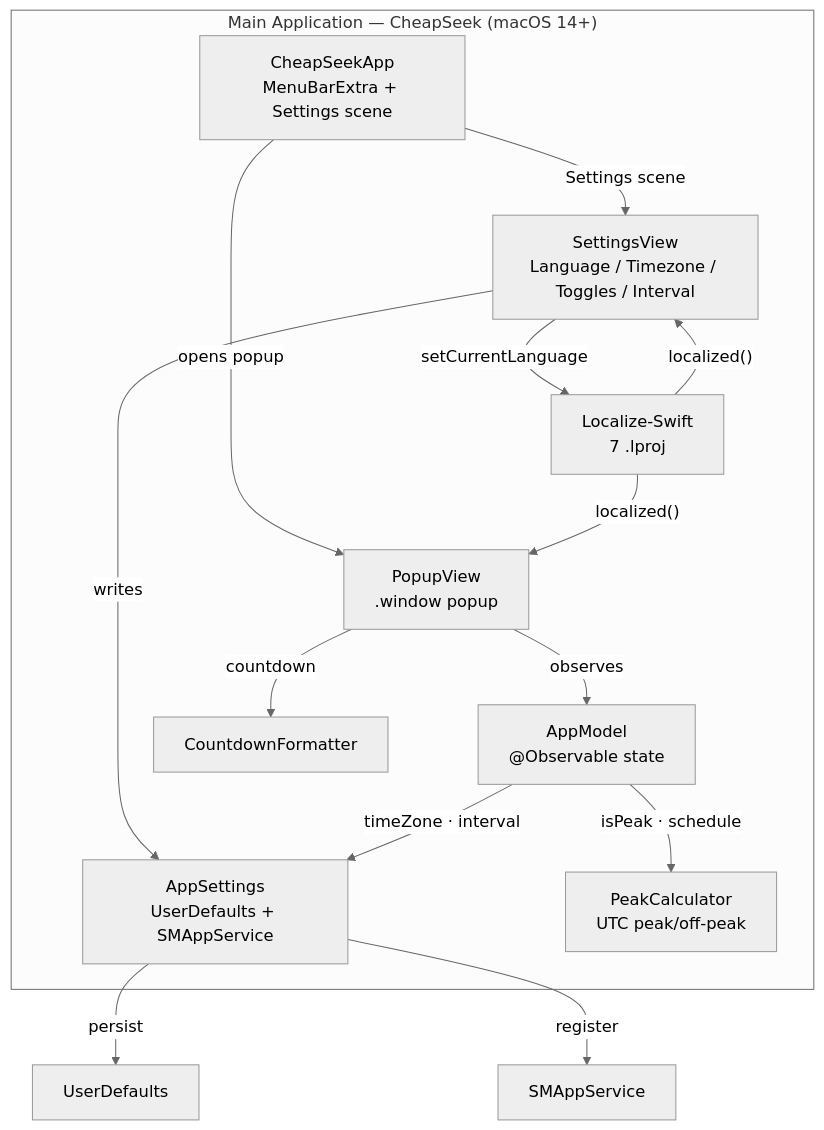
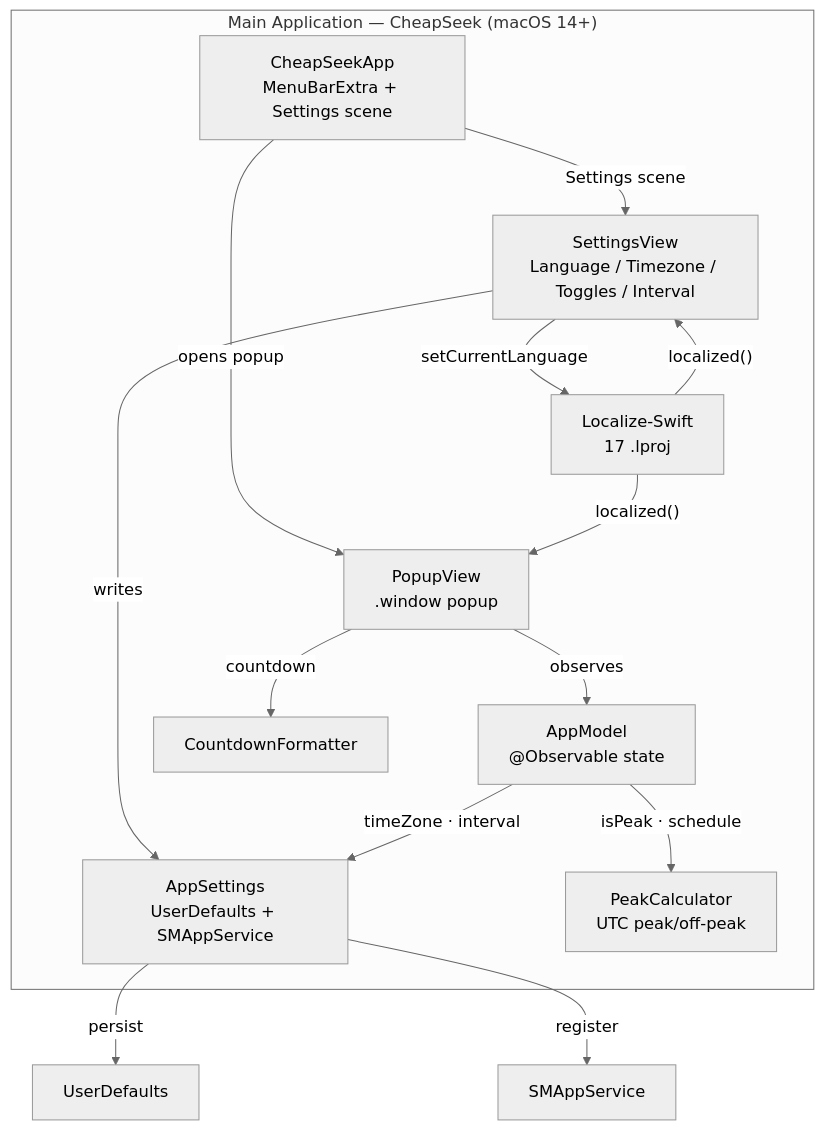
One commit to mahirfatih/cheapseek changed the diagram in README.md. Above: the diagram before and after it, drawn with Mermaid (neutral theme). The commit also changed other lines of this file and 40 other files, not shown here.

````diff
--- a/README.md
+++ b/README.md
@@ -46,26 +46,26 @@
 ```mermaid
 graph TD
     subgraph App["Main Application — CheapSeek (macOS 14+)"]
         Entry["CheapSeekApp<br/>MenuBarExtra + Settings scene"]
         Popup["PopupView<br/>.window popup"]
         Settings["SettingsView<br/>Language / Timezone / Toggles / Interval"]
         Model["AppModel<br/>@Observable state"]
         Config["AppSettings<br/>UserDefaults + SMAppService"]
         Core["PeakCalculator<br/>UTC peak/off-peak"]
         Fmt["CountdownFormatter"]
-        L10n["Localize-Swift<br/>7 .lproj"]
+        L10n["Localize-Swift<br/>17 .lproj"]
     end
 
     Entry -->|"opens popup"| Popup
     Entry -->|"Settings scene"| Settings
     Popup -->|"observes"| Model
     Popup -->|"countdown"| Fmt
     Settings -->|"writes"| Config
     Settings -->|"setCurrentLanguage"| L10n
     Model -->|"isPeak · schedule"| Core
     Model -->|"timeZone · interval"| Config
     Config -->|"persist"| Store["UserDefaults"]
     Config -->|"register"| SM["SMAppService"]
     L10n -->|"localized()"| Popup
     L10n -->|"localized()"| Settings
 ```
````
